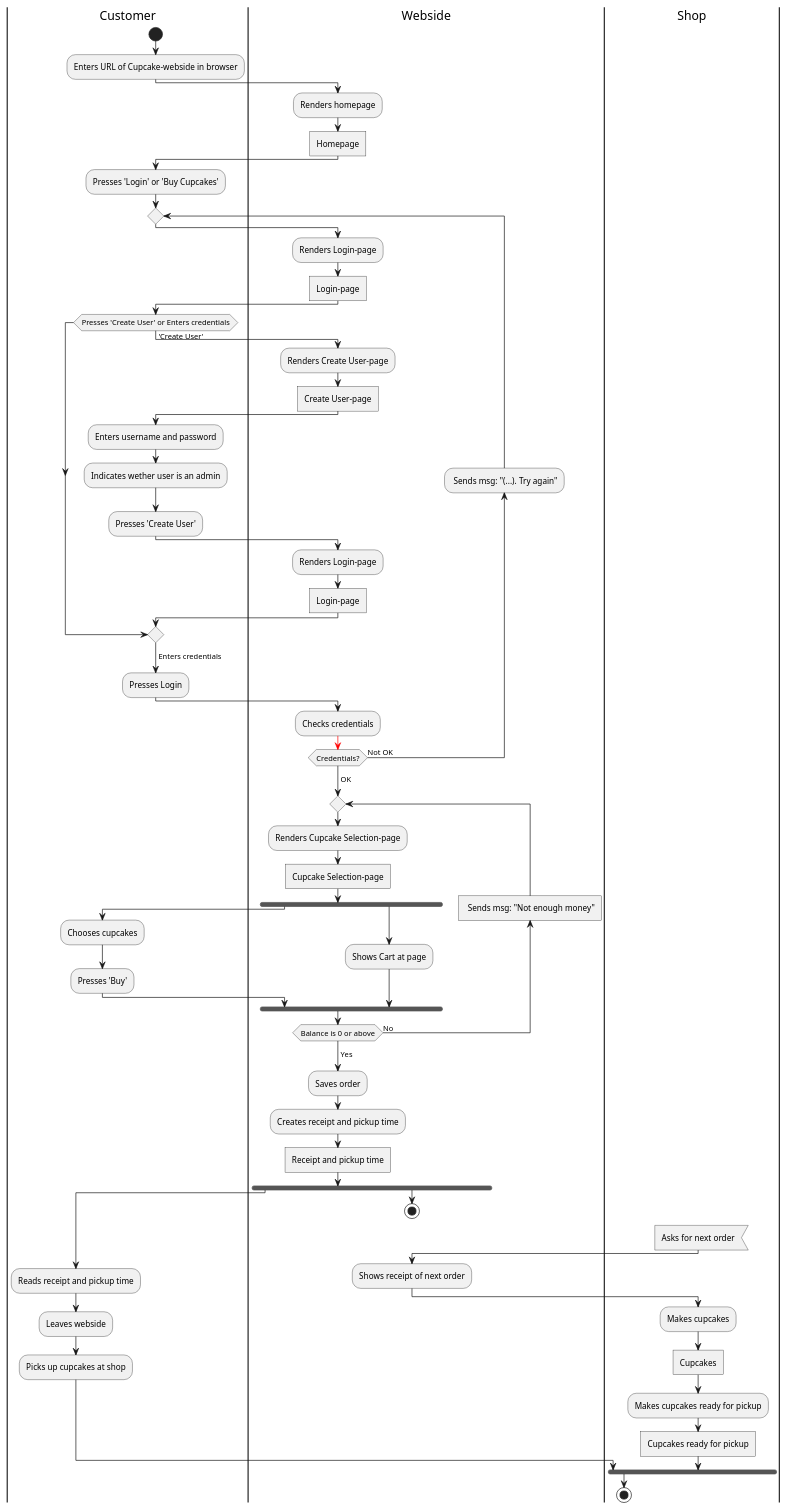
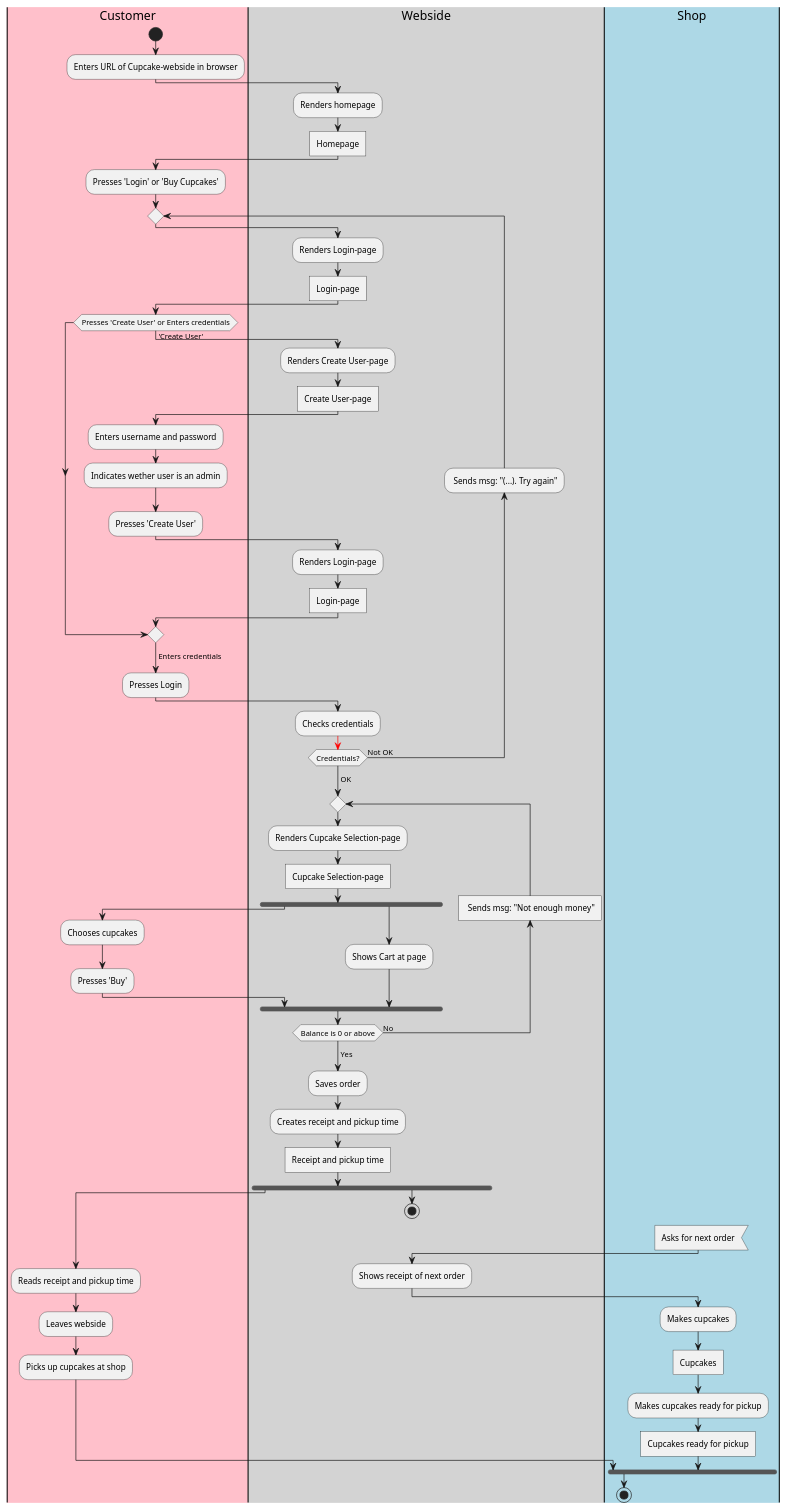
Before and after one commit to TRossen89/cupcake_dat2: the diagram in src/doc/uml/activityDiagram.puml, drawn with PlantUML. The commit also changed 8 other files, not shown here.

```diff
--- a/src/doc/uml/activityDiagram.puml
+++ b/src/doc/uml/activityDiagram.puml
@@ -1,90 +1,91 @@
 @startuml
 'https://plantuml.com/activity-diagram-beta
 
 
-|Customer|
+|#pink|Customer|
 
 
 start
 :Enters URL of Cupcake-webside in browser;
-|Webside|
+|#lightgray|Webside|
 :Renders homepage;
 :Homepage]
 |Customer|
 :Presses 'Login' or 'Buy Cupcakes';
 
 repeat
     |Webside|
     :Renders Login-page;
     :Login-page]
     |Customer|
         if (Presses 'Create User' or Enters credentials) then('Create User')
 
             |Webside|
             :Renders Create User-page;
             :Create User-page]
             |Customer|
             :Enters username and password;
             :Indicates wether user is an admin;
             :Presses 'Create User';
             |Webside|
             :Renders Login-page;
             :Login-page]
         endif
         ->Enters credentials;
             |Customer|
             :Presses Login;
             |Webside|
             :Checks credentials;
 
 backward: Sends msg: "(...). Try again";
 -[#red]->
+
 repeat while (Credentials?) is (Not OK)
 ->OK;
 
 repeat
     :Renders Cupcake Selection-page;
     :Cupcake Selection-page]
     fork
 
     |Customer|
     :Chooses cupcakes;
     :Presses 'Buy';
     fork again
     |Webside|
 
     :Shows Cart at page;
     end fork
 
     |Webside|
     backward: Sends msg: "Not enough money"]
 
 repeat while (Balance is 0 or above) is (No)
 ->Yes;
 
 :Saves order;
 :Creates receipt and pickup time;
 :Receipt and pickup time]
 fork
 |Customer|
 :Reads receipt and pickup time;
 :Leaves webside;
 :Picks up cupcakes at shop;
 fork again
 |Webside|
 stop
 
-|Shop|
+|#lightblue|Shop|
 :Asks for next order<
 |Webside|
 :Shows receipt of next order;
 
 |Shop|
 :Makes cupcakes;
 :Cupcakes]
 :Makes cupcakes ready for pickup;
 :Cupcakes ready for pickup]
 end fork
 stop
 
 @enduml
```
